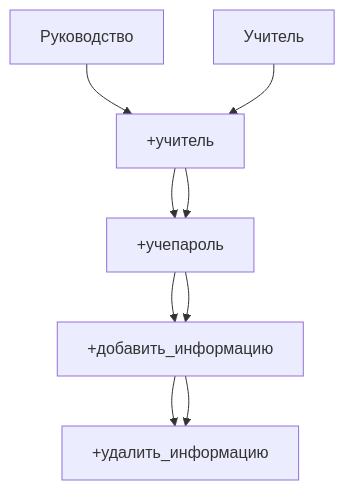
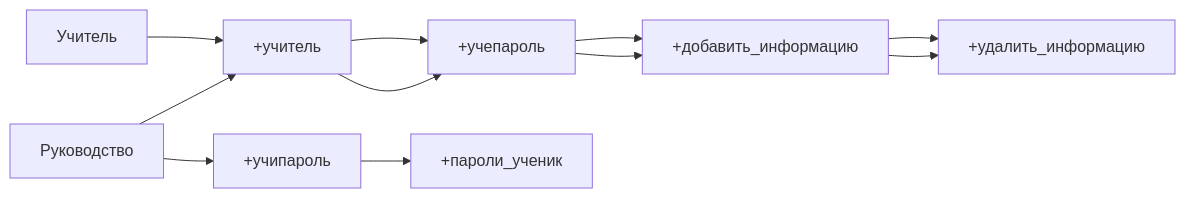
One commit to caffreyfizz/discord.py-platform-SIC changed the diagram in README.md. Above: the diagram before and after it, drawn with Mermaid.

````diff
--- a/README.md
+++ b/README.md
@@ -113,6 +113,7 @@
 ```mermaid
-  graph TB;
-  Руководство-->+учитель-->+учепароль-->+добавить_информацию-->+удалить_информацию;
-  Учитель-->+учитель-->+учепароль-->+добавить_информацию-->+удалить_информацию;
+graph LR;
+    Учитель-->+учитель-->+учепароль-->+добавить_информацию-->+удалить_информацию;
+    Руководство-->+учитель-->+учепароль-->+добавить_информацию-->+удалить_информацию;
+    Руководство-->+учипароль-->+пароли_ученик;
       
 ```
````
